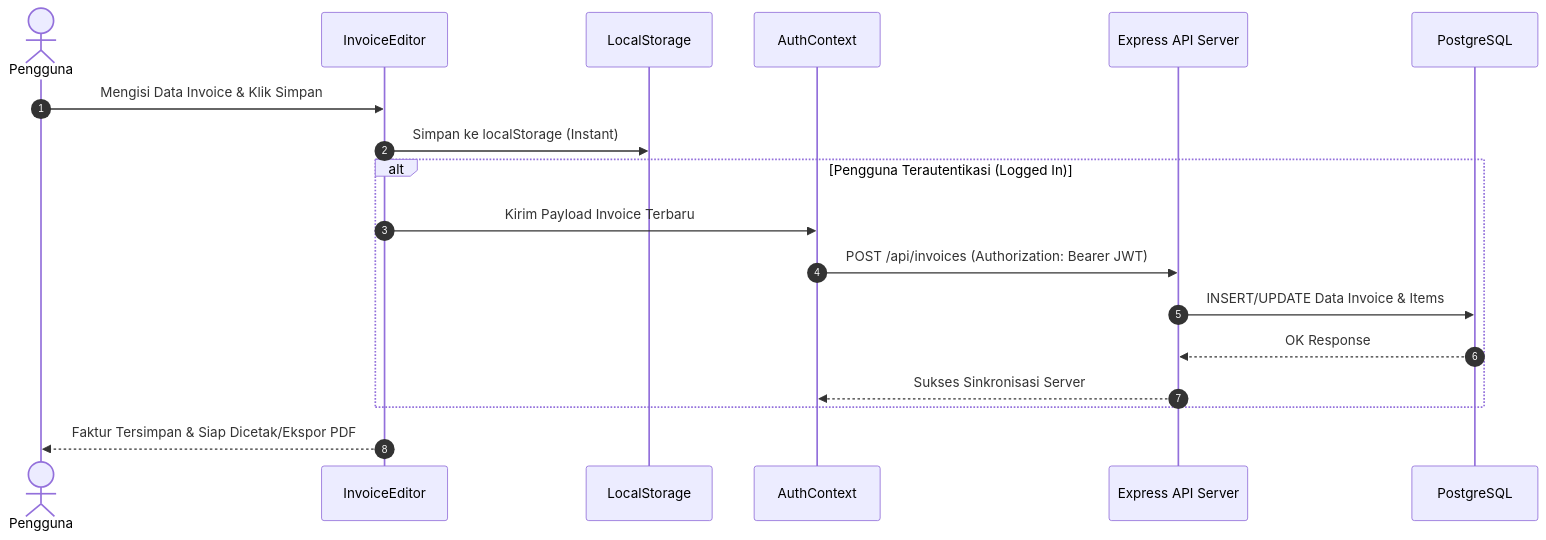
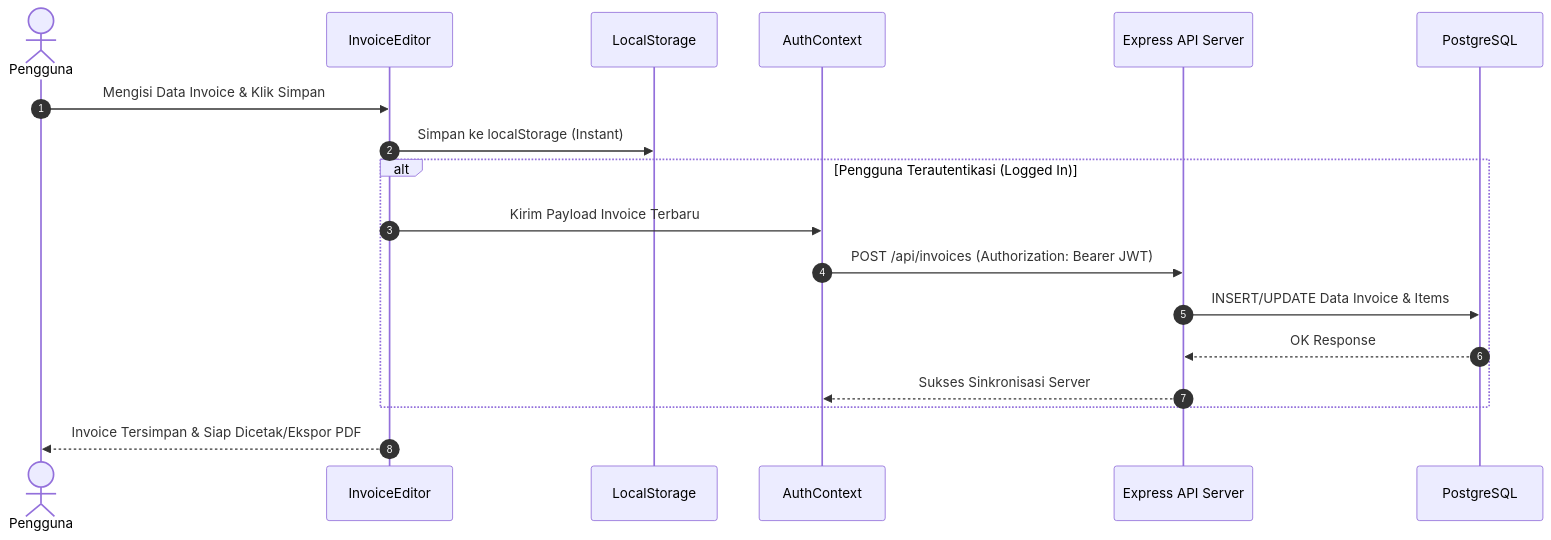
One commit to 99apps-id/invoice-maker changed the second of 2 diagrams in docs/ARCHITECTURE.md. Above: the diagram before and after it, drawn with Mermaid. The commit also changed other lines of this file and 19 other files, not shown here.

````diff
--- a/docs/ARCHITECTURE.md
+++ b/docs/ARCHITECTURE.md
@@ -130,23 +130,23 @@
 ```mermaid
 sequenceDiagram
     autonumber
     actor Pengguna
     participant Editor as InvoiceEditor
     participant Storage as LocalStorage
     participant Auth as AuthContext
     participant Backend as Express API Server
     participant DB as PostgreSQL
 
     Pengguna->>Editor: Mengisi Data Invoice & Klik Simpan
     Editor->>Storage: Simpan ke localStorage (Instant)
     
     alt Pengguna Terautentikasi (Logged In)
         Editor->>Auth: Kirim Payload Invoice Terbaru
         Auth->>Backend: POST /api/invoices (Authorization: Bearer JWT)
         Backend->>DB: INSERT/UPDATE Data Invoice & Items
         DB-->>Backend: OK Response
         Backend-->>Auth: Sukses Sinkronisasi Server
     end
     
-    Editor-->>Pengguna: Faktur Tersimpan & Siap Dicetak/Ekspor PDF
+    Editor-->>Pengguna: Invoice Tersimpan & Siap Dicetak/Ekspor PDF
 ```
````
